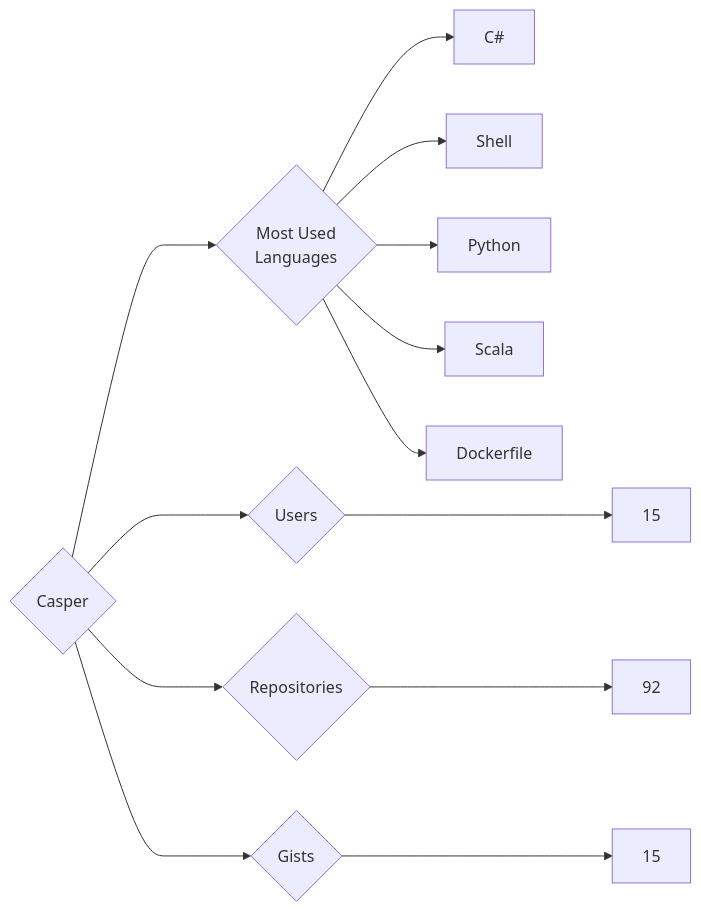
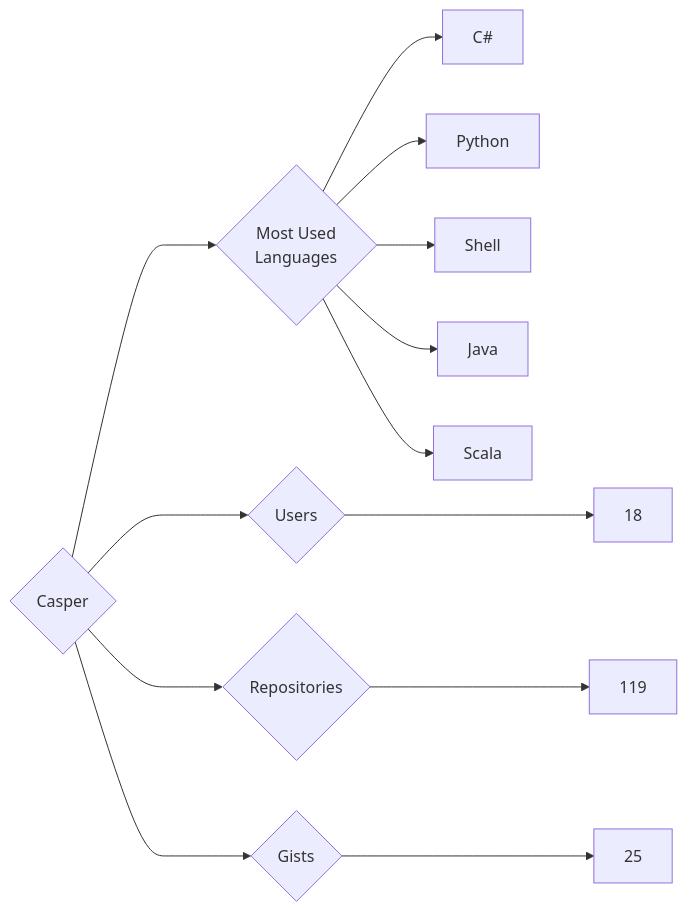
The diagram in targets/Casper/README.md (trickest/insiders), drawn with Mermaid before and after one commit. The commit also changed 720 other files, not shown here.

````diff
--- a/targets/Casper/README.md
+++ b/targets/Casper/README.md
@@ -3,13 +3,13 @@
 ```mermaid
 graph LR
 COMPANY_NAME{Casper}
-COMPANY_NAME ---> U{Users} ---> UN[15]
-COMPANY_NAME ---> R{Repositories} ---> RN[92]
-COMPANY_NAME ---> G{Gists} ---> GN[15]
+COMPANY_NAME ---> U{Users} ---> UN[18]
+COMPANY_NAME ---> R{Repositories} ---> RN[119]
+COMPANY_NAME ---> G{Gists} ---> GN[25]
 COMPANY_NAME ---> ML{Most Used<br>Languages}
 ML --> C#[C#]
+ML --> Python[Python]
 ML --> Shell[Shell]
-ML --> Python[Python]
+ML --> Java[Java]
 ML --> Scala[Scala]
-ML --> Dockerfile[Dockerfile]
 ```
````
